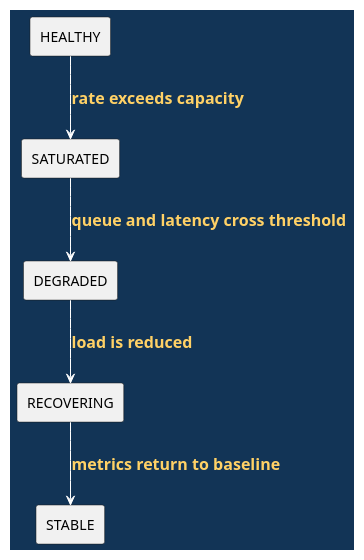
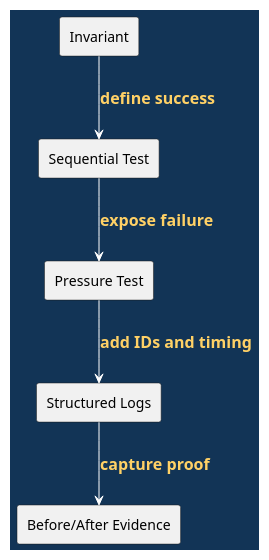
The seventh of 7 diagrams in doc/lectures/week12/observability_stress/README.slides.adoc (madajaju/CS5254), drawn with PlantUML before and after one commit. The commit also changed other lines of this file and 47 other files, not shown here.

```diff
--- a/doc/lectures/week12/observability_stress/README.slides.adoc
+++ b/doc/lectures/week12/observability_stress/README.slides.adoc
@@ -149,26 +209,29 @@
 [plantuml,width=100%]
 ----
 @startuml
 skinparam shadowing false
 skinparam backgroundColor #123456
 skinparam defaultFontColor black
 skinparam ArrowColor white
 skinparam ArrowFontColor #ffd166
 skinparam ArrowFontStyle bold
 skinparam ArrowFontSize 16
-skinparam object {
-  BackgroundColor white
-  BorderColor #123456
-  FontColor black
-}
-rectangle "HEALTHY" as H
-rectangle "SATURATED" as S
-rectangle "DEGRADED" as D
-rectangle "RECOVERING" as R
-rectangle "STABLE" as T
-H --> S : rate exceeds capacity
-S --> D : queue and latency cross threshold
-D --> R : load is reduced
-R --> T : metrics return to baseline
+skinparam BoxBackgroundColor white
+skinparam BoxFontColor black
+skinparam BoxBorderColor #123456
+skinparam ParticipantBorderColor #123456
+skinparam ParticipantBackgroundColor white
+skinparam ParticipantFontColor black
+skinparam LifeLineBorderColor white
+skinparam LifeLineBackgroundColor white
+rectangle "Invariant" as I
+rectangle "Sequential Test" as S
+rectangle "Pressure Test" as P
+rectangle "Structured Logs" as L
+rectangle "Before/After Evidence" as E
+I --> S : define success
+S --> P : expose failure
+P --> L : add IDs and timing
+L --> E : capture proof
 @enduml
 ----
```
